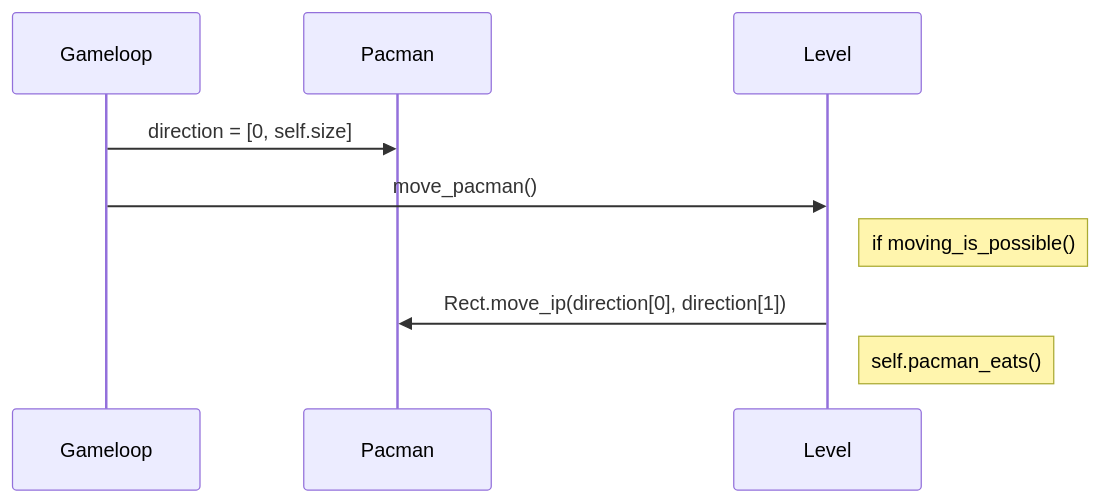
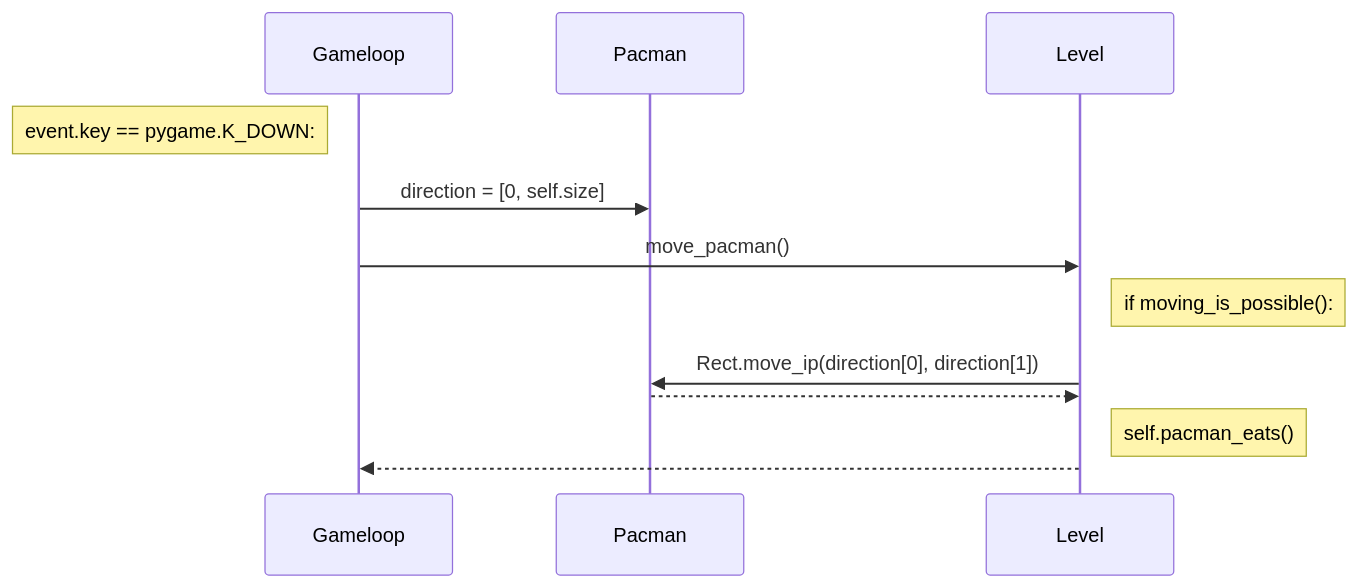
The second of 2 diagrams in dokumentaatio/arkkitehtuuri.md (henriimmonen/ot-harjoitustyo), drawn with Mermaid before and after one commit.

Commit message:
viimeinen korjaus

````diff
--- a/dokumentaatio/arkkitehtuuri.md
+++ b/dokumentaatio/arkkitehtuuri.md
@@ -12,8 +12,11 @@
 ```mermaid
 sequenceDiagram
+	Note left of Gameloop: event.key == pygame.K_DOWN:
 	Gameloop->>Pacman: direction = [0, self.size]
 	Gameloop->>Level: move_pacman()
-	Note right of Level: if moving_is_possible()
+	Note right of Level: if moving_is_possible():
 	Level->>Pacman: Rect.move_ip(direction[0], direction[1])
+	Pacman-->>Level: ;
 	Note right of Level: self.pacman_eats()
+	Level-->>Gameloop: ;
 ```
````
